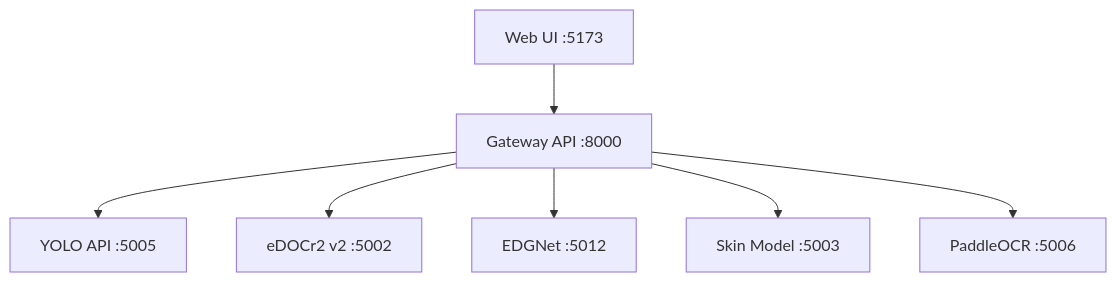
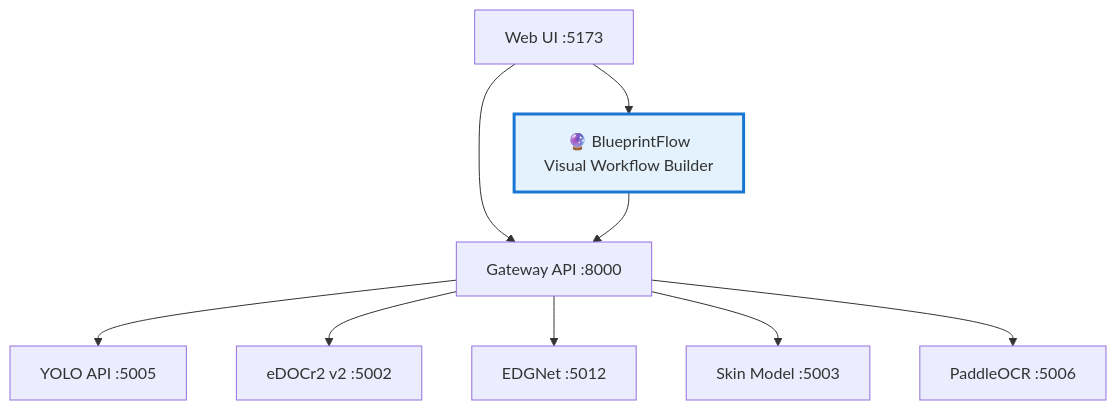
Before and after one commit to uprootai/AX_OCR: the diagram in ARCHITECTURE.md, drawn with Mermaid. The commit also changed other lines of this file and 66 other files, not shown here.

First line of the commit message:
feat: 🔮 BlueprintFlow 비주얼 워크플로우 빌더 완전 구현 (Phase 1-3)

````diff
--- a/ARCHITECTURE.md
+++ b/ARCHITECTURE.md
@@ -25,9 +28,13 @@
 ```mermaid
 graph TB
     UI[Web UI :5173] --> GW[Gateway API :8000]
+    UI --> BF[🔮 BlueprintFlow<br/>Visual Workflow Builder]
+    BF --> GW
     GW --> YOLO[YOLO API :5005]
     GW --> EDOCR[eDOCr2 v2 :5002]
     GW --> EDGE[EDGNet :5012]
     GW --> SKIN[Skin Model :5003]
     GW --> PADDLE[PaddleOCR :5006]
+
+    style BF fill:#e3f2fd,stroke:#1976d2,stroke-width:3px
 ```
````
